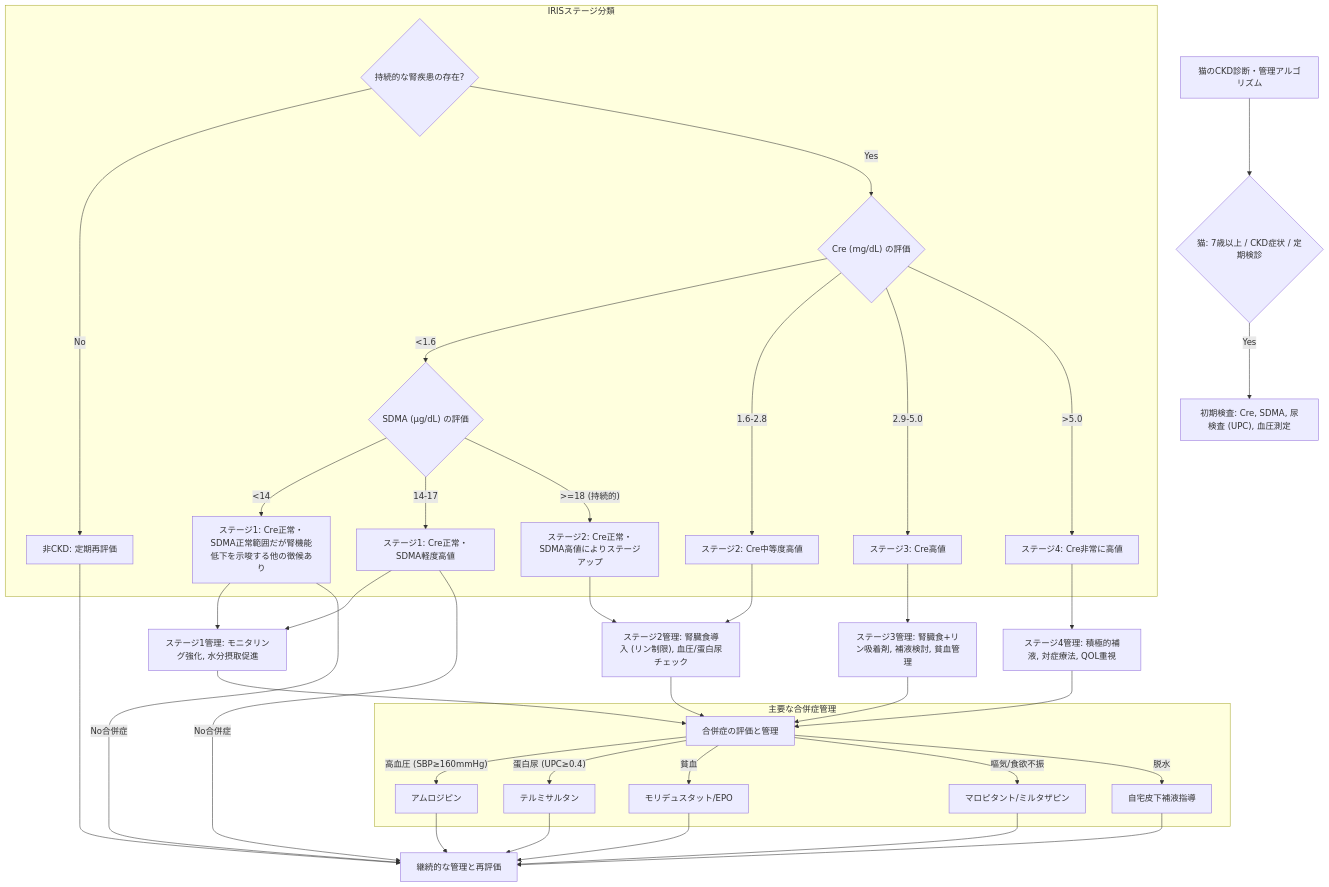
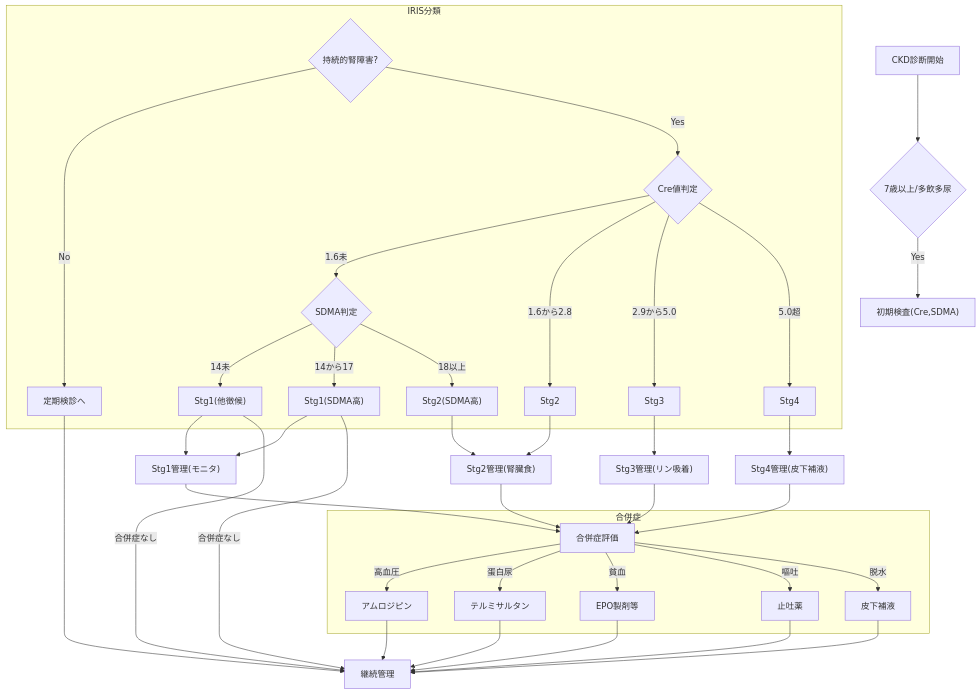
Before and after one commit to sohey-vet/Vet-articles: the diagram in topics/腎泌尿器/猫のCKD_IRISステージ別管理.md, drawn with Mermaid. The commit also changed other lines of this file, not shown here.

Commit message:
style: aggressively optimize CKD flowchart layout to strictly conform to Mermaid rules

````diff
--- a/topics/腎泌尿器/猫のCKD_IRISステージ別管理.md
+++ b/topics/腎泌尿器/猫のCKD_IRISステージ別管理.md
@@ -35,40 +36,39 @@
-```mermaid
-graph TD
-    A["猫のCKD診断・管理アルゴリズム"] --> B{"猫: 7歳以上 / CKD症状 / 定期検診"}
-    B -- Yes --> C["初期検査: Cre, SDMA, 尿検査 (UPC), 血圧測定"]
+<pre class="mermaid">
+graph TB
+    A["CKD診断開始"] --> B{"7歳以上/多飲多尿"}
+    B -- Yes --> C["初期検査(Cre,SDMA)"]
 
-    subgraph IRISステージ分類
-        D{"持続的な腎疾患の存在?"}
-        D -- No --> E["非CKD: 定期再評価"]
-        D -- Yes --> F{"Cre (mg/dL) の評価"}
+    subgraph IRIS分類
+        D{"持続的腎障害?"}
+        D -- No --> E["定期検診へ"]
+        D -- Yes --> F{"Cre値判定"}
 
-        F -- <1.6 --> G{"SDMA (µg/dL) の評価"}
-        G -- <14 --> S1_NC["ステージ1: Cre正常・SDMA正常範囲だが腎機能低下を示唆する他の徴候あり"]
-        G -- 14-17 --> S1_SDMA["ステージ1: Cre正常・SDMA軽度高値"]
-        G -- >=18 (持続的) --> S2_SDMA["ステージ2: Cre正常・SDMA高値によりステージアップ"]
+        F -- 1.6未 --> G{"SDMA判定"}
+        G -- 14未 --> S1_NC["Stg1(他徴候)"]
+        G -- 14から17 --> S1_SDMA["Stg1(SDMA高)"]
+        G -- 18以上 --> S2_SDMA["Stg2(SDMA高)"]
 
-        F -- 1.6-2.8 --> S2_Cre["ステージ2: Cre中等度高値"]
-        F -- 2.9-5.0 --> S3["ステージ3: Cre高値"]
-        F -- >5.0 --> S4["ステージ4: Cre非常に高値"]
+        F -- 1.6から2.8 --> S2_Cre["Stg2"]
+        F -- 2.9から5.0 --> S3["Stg3"]
+        F -- 5.0超 --> S4["Stg4"]
     end
 
-    S1_NC & S1_SDMA --> M1["ステージ1管理: モニタリング強化, 水分摂取促進"]
-    S2_SDMA & S2_Cre --> M2["ステージ2管理: 腎臓食導入 (リン制限), 血圧/蛋白尿チェック"]
-    S3 --> M3["ステージ3管理: 腎臓食+リン吸着剤, 補液検討, 貧血管理"]
-    S4 --> M4["ステージ4管理: 積極的補液, 対症療法, QOL重視"]
+    S1_NC & S1_SDMA --> M1["Stg1管理(モニタ)"]
+    S2_SDMA & S2_Cre --> M2["Stg2管理(腎臓食)"]
+    S3 --> M3["Stg3管理(リン吸着)"]
+    S4 --> M4["Stg4管理(皮下補液)"]
 
-    M1 & M2 & M3 & M4 --> O["合併症の評価と管理"]
+    M1 & M2 & M3 & M4 --> O["合併症評価"]
 
-    subgraph 主要な合併症管理
-        O -- 高血圧 (SBP≥160mmHg) --> T_BP["アムロジピン"]
-        O -- 蛋白尿 (UPC≥0.4) --> T_Pro["テルミサルタン"]
-        O -- 貧血 --> T_Anemia["モリデュスタット/EPO"]
-        O -- 嘔気/食欲不振 --> T_GI["マロピタント/ミルタザピン"]
-        O -- 脱水 --> T_Dehyd["自宅皮下補液指導"]
+    subgraph 合併症
+        O -- 高血圧 --> T_BP["アムロジピン"]
+        O -- 蛋白尿 --> T_Pro["テルミサルタン"]
+        O -- 貧血 --> T_Anemia["EPO製剤等"]
+        O -- 嘔吐 --> T_GI["止吐薬"]
+        O -- 脱水 --> T_Dehyd["皮下補液"]
     end
 
-    T_BP & T_Pro & T_Anemia & T_GI & T_Dehyd --> P["継続的な管理と再評価"]
+    T_BP & T_Pro & T_Anemia & T_GI & T_Dehyd --> P["継続管理"]
     E --> P
-    S1_NC -- No合併症 --> P
-    S1_SDMA -- No合併症 --> P
-```
+    S1_NC & S1_SDMA -- 合併症なし --> P
+</pre>
````
